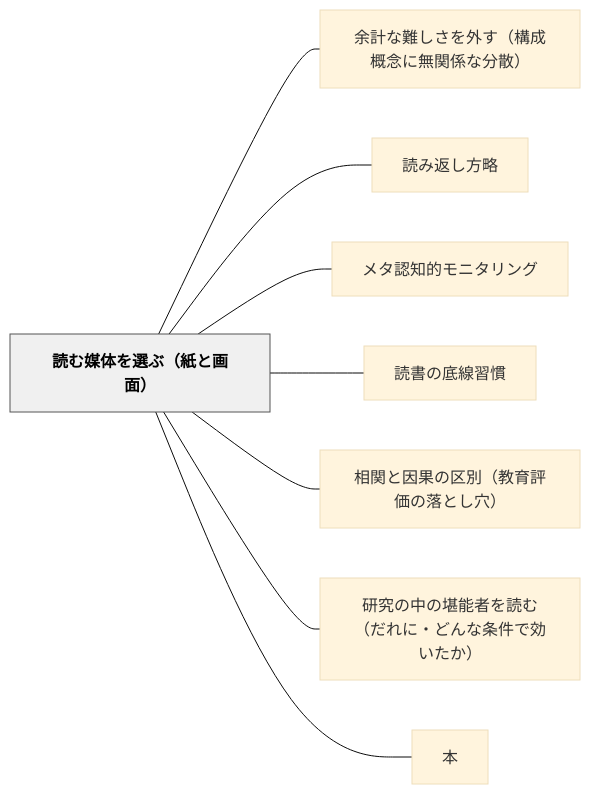
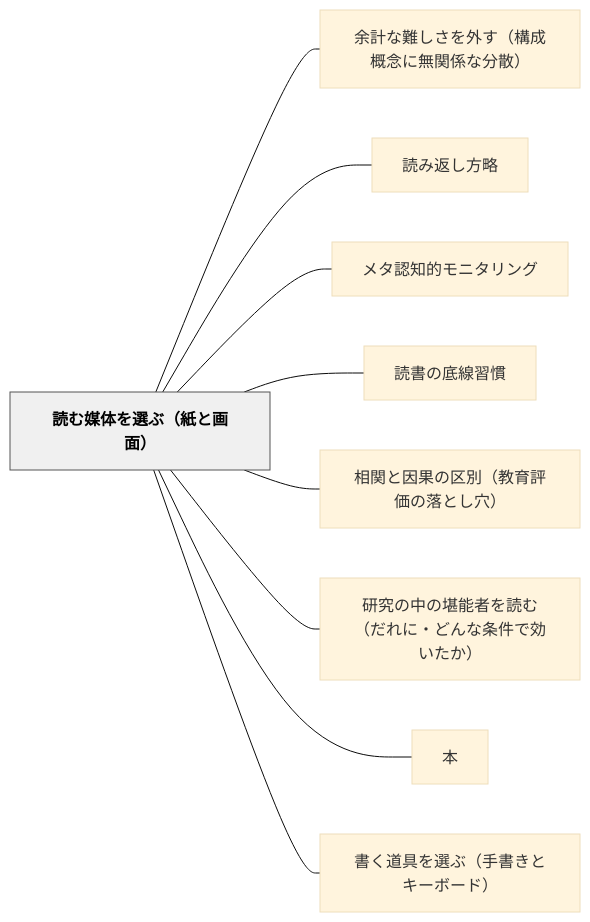
One commit to unknownthings-ed-patterns/unknownthings-ed-patterns changed the diagram in content/パタン/読む媒体を選ぶ（紙と画面）.md. Above: the diagram before and after it, drawn with Mermaid (base theme). The commit also changed other lines of this file and 10 other files, not shown here.

````diff
--- a/content/パタン/読む媒体を選ぶ（紙と画面）.md
+++ b/content/パタン/読む媒体を選ぶ（紙と画面）.md
@@ -93,22 +94,24 @@
 ```mermaid
 flowchart LR
     ne8aaade38280e5aa92e4bd93e38292e981b8e381b6efbc88e7b499e381a8e794bbe99da2efbc89["読む媒体を選ぶ（紙と画面）"]
     ne4bd99e8a888e381aae99ba3e38197e38195e38292e5a496e38199efbc88e6a78be68890e6a682e5bfb5e381abe784a1e996a2e4bf82e381aae58886e695a3efbc89["余計な難しさを外す（構成概念に無関係な分散）"]
     ne8aaade381bfe8bf94e38197e696b9e795a5["読み返し方略"]
     ne383a1e382bfe8aa8de79fa5e79a84e383a2e3838be382bfe383aae383b3e382b0["メタ認知的モニタリング"]
     ne8aaade69bb8e381aee5ba95e7b79ae7bf92e685a3["読書の底線習慣"]
     ne79bb8e996a2e381a8e59ba0e69e9ce381aee58cbae588a5efbc88e69599e882b2e8a995e4bea1e381aee890bde381a8e38197e7a9b4efbc89["相関と因果の区別（教育評価の落とし穴）"]
     ne7a094e7a9b6e381aee4b8ade381aee5a0aae883bde88085e38292e8aaade38280efbc88e381a0e3828ce381abe383bbe381a9e38293e381aae69da1e4bbb6e381a7e58ab9e38184e3819fe3818befbc89["研究の中の堪能者を読む（だれに・どんな条件で効いたか）"]
     ne69cac["本"]
+    ne69bb8e3818fe98193e585b7e38292e981b8e381b6efbc88e6898be69bb8e3818de381a8e382ade383bce3839ce383bce38389efbc89["書く道具を選ぶ（手書きとキーボード）"]
 
     ne8aaade38280e5aa92e4bd93e38292e981b8e381b6efbc88e7b499e381a8e794bbe99da2efbc89 --- ne4bd99e8a888e381aae99ba3e38197e38195e38292e5a496e38199efbc88e6a78be68890e6a682e5bfb5e381abe784a1e996a2e4bf82e381aae58886e695a3efbc89
     ne8aaade38280e5aa92e4bd93e38292e981b8e381b6efbc88e7b499e381a8e794bbe99da2efbc89 --- ne8aaade381bfe8bf94e38197e696b9e795a5
     ne8aaade38280e5aa92e4bd93e38292e981b8e381b6efbc88e7b499e381a8e794bbe99da2efbc89 --- ne383a1e382bfe8aa8de79fa5e79a84e383a2e3838be382bfe383aae383b3e382b0
     ne8aaade38280e5aa92e4bd93e38292e981b8e381b6efbc88e7b499e381a8e794bbe99da2efbc89 --- ne8aaade69bb8e381aee5ba95e7b79ae7bf92e685a3
     ne8aaade38280e5aa92e4bd93e38292e981b8e381b6efbc88e7b499e381a8e794bbe99da2efbc89 --- ne79bb8e996a2e381a8e59ba0e69e9ce381aee58cbae588a5efbc88e69599e882b2e8a995e4bea1e381aee890bde381a8e38197e7a9b4efbc89
     ne8aaade38280e5aa92e4bd93e38292e981b8e381b6efbc88e7b499e381a8e794bbe99da2efbc89 --- ne7a094e7a9b6e381aee4b8ade381aee5a0aae883bde88085e38292e8aaade38280efbc88e381a0e3828ce381abe383bbe381a9e38293e381aae69da1e4bbb6e381a7e58ab9e38184e3819fe3818befbc89
     ne8aaade38280e5aa92e4bd93e38292e981b8e381b6efbc88e7b499e381a8e794bbe99da2efbc89 --- ne69cac
+    ne8aaade38280e5aa92e4bd93e38292e981b8e381b6efbc88e7b499e381a8e794bbe99da2efbc89 --- ne69bb8e3818fe98193e585b7e38292e981b8e381b6efbc88e6898be69bb8e3818de381a8e382ade383bce3839ce383bce38389efbc89
 
     classDef hub fill:#f0f0f0,stroke:#555,color:#000,font-weight:bold
     class ne8aaade38280e5aa92e4bd93e38292e981b8e381b6efbc88e7b499e381a8e794bbe99da2efbc89 hub
 ```
````
